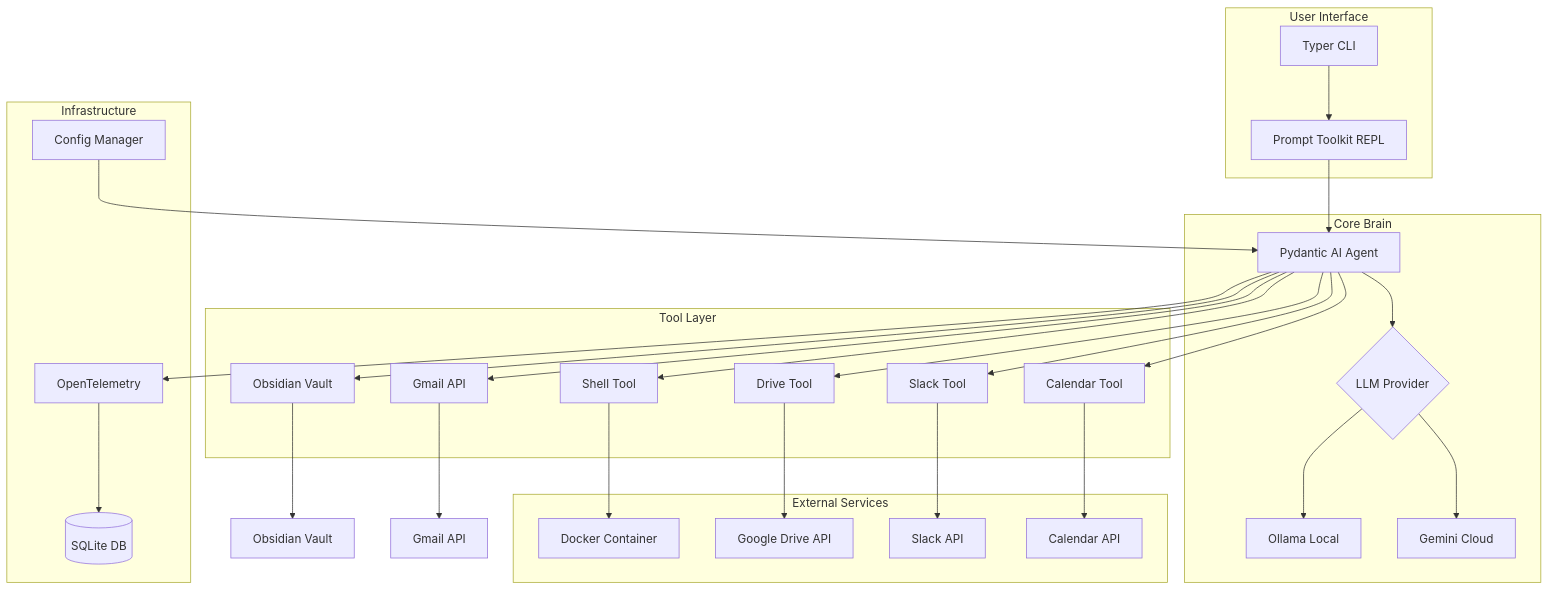
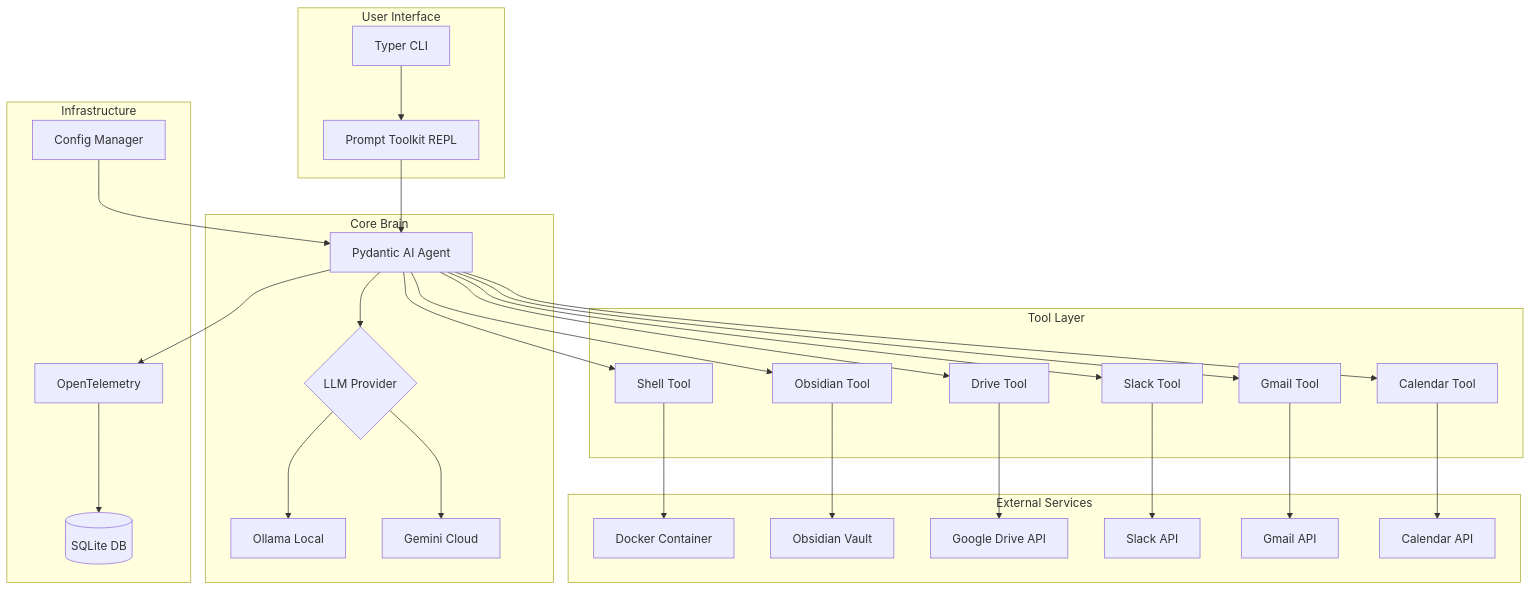
The first of 10 diagrams in docs/DESIGN-co-cli.md (binlecode/co-cli), drawn with Mermaid before and after one commit. The commit also changed other lines of this file, not shown here.

First line of the commit message:
Clean up DESIGN-co-cli.md diagrams: deduplicate, fix, remove (16→10)

````diff
--- a/docs/DESIGN-co-cli.md
+++ b/docs/DESIGN-co-cli.md
@@ -23,62 +23,62 @@
 ```mermaid
 graph TB
     subgraph User Interface
         CLI[Typer CLI]
         REPL[Prompt Toolkit REPL]
     end
 
     subgraph Core Brain
         Agent[Pydantic AI Agent]
         LLM{LLM Provider}
         Ollama[Ollama Local]
         Gemini[Gemini Cloud]
     end
 
     subgraph Tool Layer
-        Shell[Shell Tool]
-        Obsidian[Obsidian Tool]
-        Drive[Drive Tool]
-        Gmail[Gmail Tool]
-        Calendar[Calendar Tool]
-        SlackTool[Slack Tool]
+        ToolShell[Shell Tool]
+        ToolObsidian[Obsidian Tool]
+        ToolDrive[Drive Tool]
+        ToolGmail[Gmail Tool]
+        ToolCalendar[Calendar Tool]
+        ToolSlack[Slack Tool]
     end
 
     subgraph External Services
         Docker[Docker Container]
-        Obsidian[Obsidian Vault]
+        ObsVault[Obsidian Vault]
         GDrive[Google Drive API]
-        Slack[Slack API]
-        Gmail[Gmail API]
+        SlackAPI[Slack API]
+        GmailAPI[Gmail API]
         GCal[Calendar API]
     end
 
     subgraph Infrastructure
         Config[Config Manager]
         Telemetry[OpenTelemetry]
         SQLite[(SQLite DB)]
     end
 
     CLI --> REPL
     REPL --> Agent
     Agent --> LLM
     LLM --> Ollama
     LLM --> Gemini
 
-    Agent --> Shell
-    Agent --> Obsidian
-    Agent --> Drive
-    Agent --> Gmail
-    Agent --> Calendar
-    Agent --> SlackTool
+    Agent --> ToolShell
+    Agent --> ToolObsidian
+    Agent --> ToolDrive
+    Agent --> ToolGmail
+    Agent --> ToolCalendar
+    Agent --> ToolSlack
 
-    Shell --> Docker
-    Obsidian --> ObsVault[Obsidian Vault]
-    Drive --> GDrive
-    Gmail --> GmailAPI[Gmail API]
-    Calendar --> GCal
-    SlackTool --> Slack
+    ToolShell --> Docker
+    ToolObsidian --> ObsVault
+    ToolDrive --> GDrive
+    ToolGmail --> GmailAPI
+    ToolCalendar --> GCal
+    ToolSlack --> SlackAPI
 
     Config --> Agent
     Agent --> Telemetry
     Telemetry --> SQLite
 ```
````
